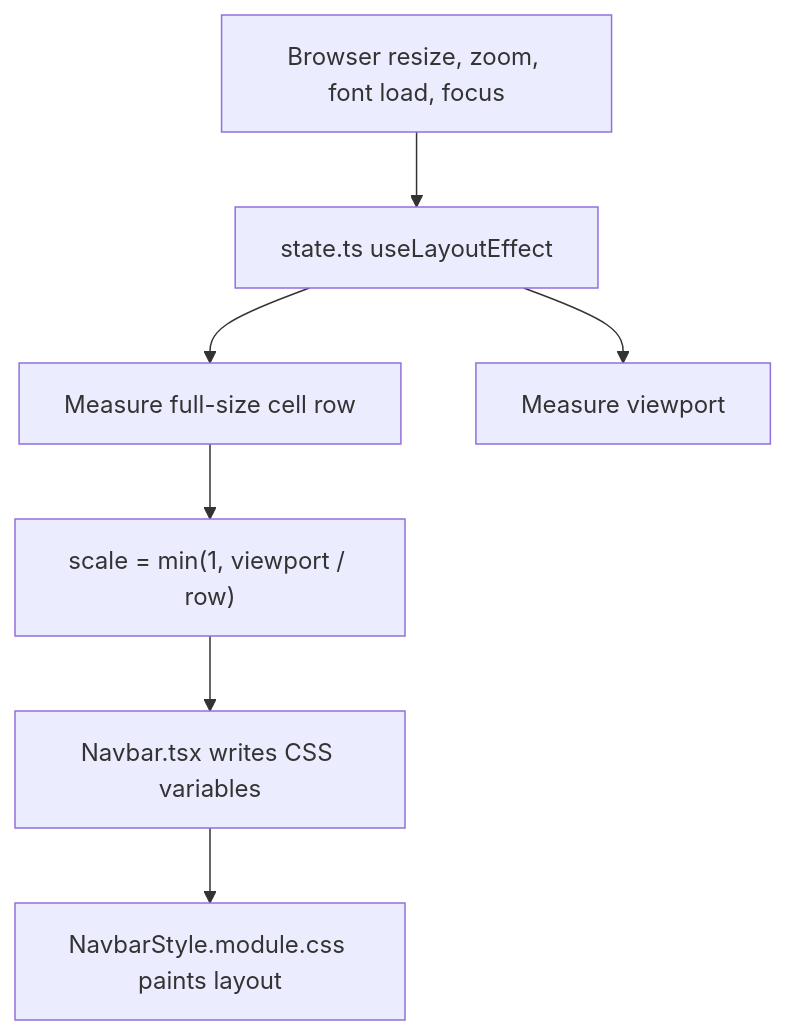
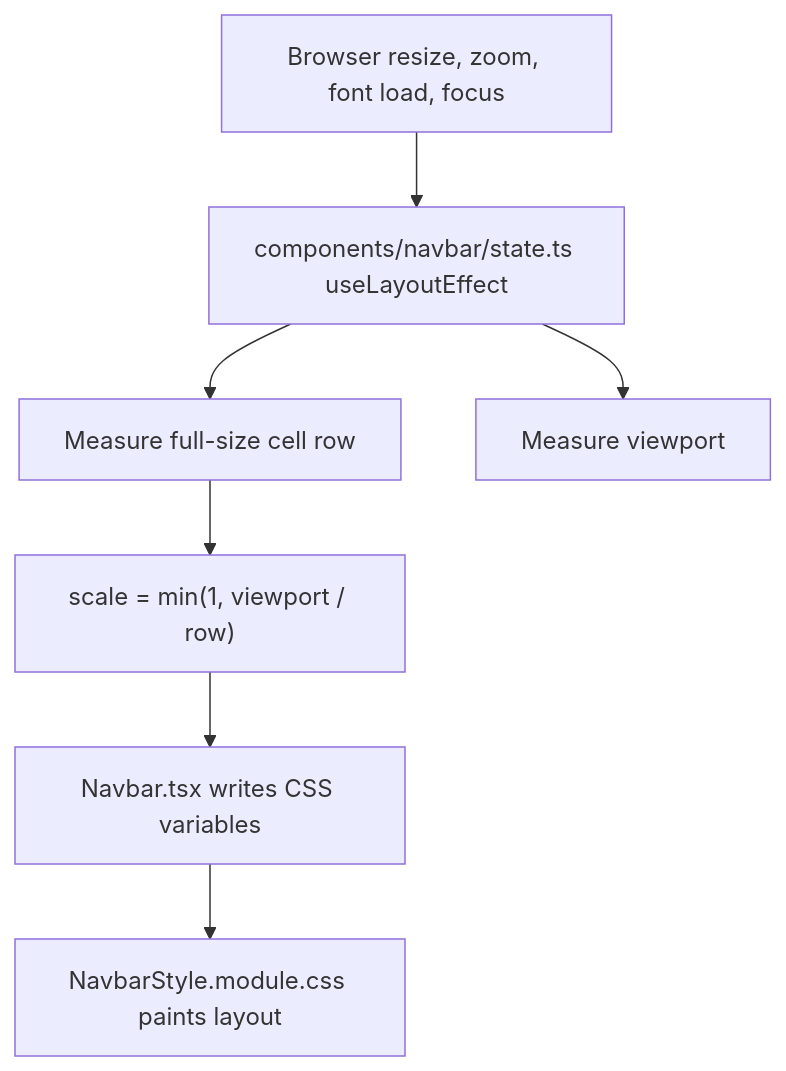
One commit to bucketb0t/Earth_In_Sound changed the seventh of 20 diagrams in PROJECT_LEARNING_FLOW.md. Above: the diagram before and after it, drawn with Mermaid. The commit also changed other lines of this file and 20 other files, not shown here.

````diff
--- a/PROJECT_LEARNING_FLOW.md
+++ b/PROJECT_LEARNING_FLOW.md
@@ -909,9 +913,9 @@
 ```mermaid
 flowchart TD
-  ResizeOrZoom["Browser resize, zoom, font load, focus"] --> UseNavbar["state.ts useLayoutEffect"]
+  ResizeOrZoom["Browser resize, zoom, font load, focus"] --> UseNavbar["components/navbar/state.ts useLayoutEffect"]
   UseNavbar --> FullWidth["Measure full-size cell row"]
   UseNavbar --> Viewport["Measure viewport"]
   FullWidth --> Scale["scale = min(1, viewport / row)"]
   Scale --> NavbarTsx["Navbar.tsx writes CSS variables"]
   NavbarTsx --> Css["NavbarStyle.module.css paints layout"]
 ```
````
